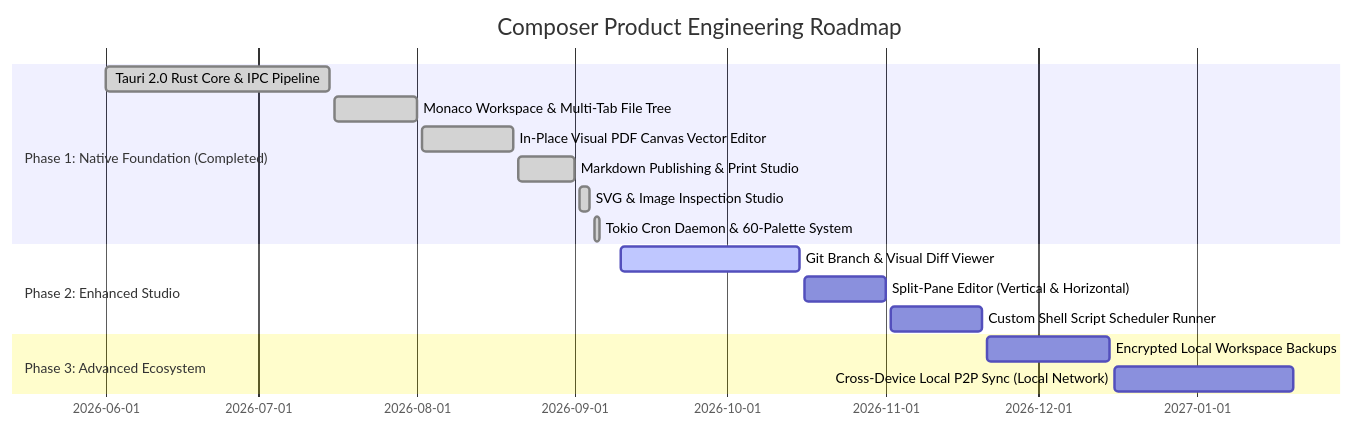
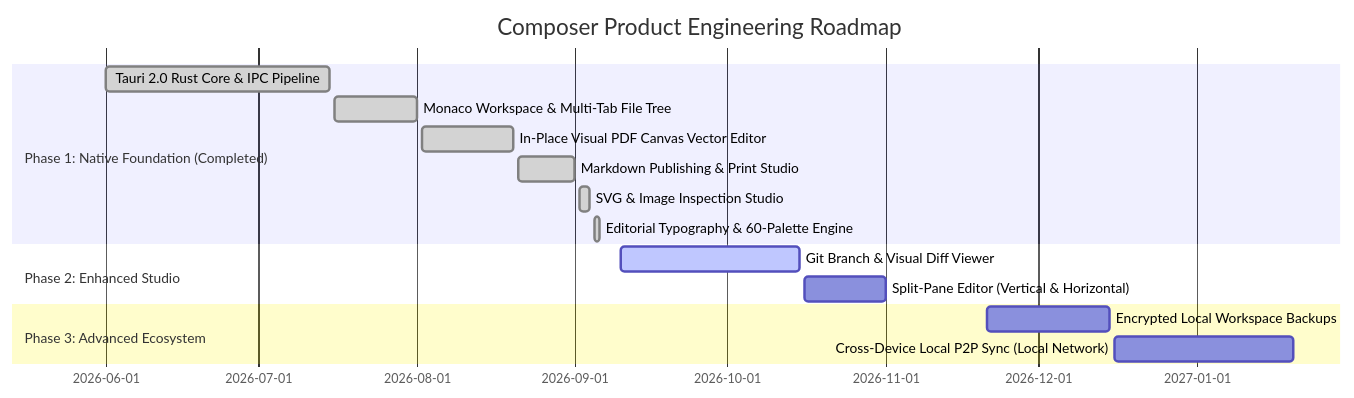
Before and after one commit to zishan049/Composer: the eighth of 8 diagrams in PRD.md, drawn with Mermaid. The commit also changed other lines of this file and 11 other files, not shown here.

Commit message:
refactor: remove background cron scheduler engine and associated UI components

````diff
--- a/PRD.md
+++ b/PRD.md
@@ -710,19 +591,18 @@
 ```mermaid
 gantt
     title Composer Product Engineering Roadmap
     dateFormat  YYYY-MM-DD
     section Phase 1: Native Foundation (Completed)
     Tauri 2.0 Rust Core & IPC Pipeline          :done,    2026-06-01, 2026-07-15
     Monaco Workspace & Multi-Tab File Tree      :done,    2026-07-16, 2026-08-01
     In-Place Visual PDF Canvas Vector Editor    :done,    2026-08-02, 2026-08-20
     Markdown Publishing & Print Studio          :done,    2026-08-21, 2026-09-01
     SVG & Image Inspection Studio               :done,    2026-09-02, 2026-09-04
-    Tokio Cron Daemon & 60-Palette System       :done,    2026-09-05, 2026-09-06
+    Editorial Typography & 60-Palette Engine    :done,    2026-09-05, 2026-09-06
     section Phase 2: Enhanced Studio
     Git Branch & Visual Diff Viewer             :active,  2026-09-10, 2026-10-15
     Split-Pane Editor (Vertical & Horizontal)   :         2026-10-16, 2026-11-01
-    Custom Shell Script Scheduler Runner        :         2026-11-02, 2026-11-20
     section Phase 3: Advanced Ecosystem
     Encrypted Local Workspace Backups           :         2026-11-21, 2026-12-15
     Cross-Device Local P2P Sync (Local Network) :         2026-12-16, 2027-01-20
 ```
````
